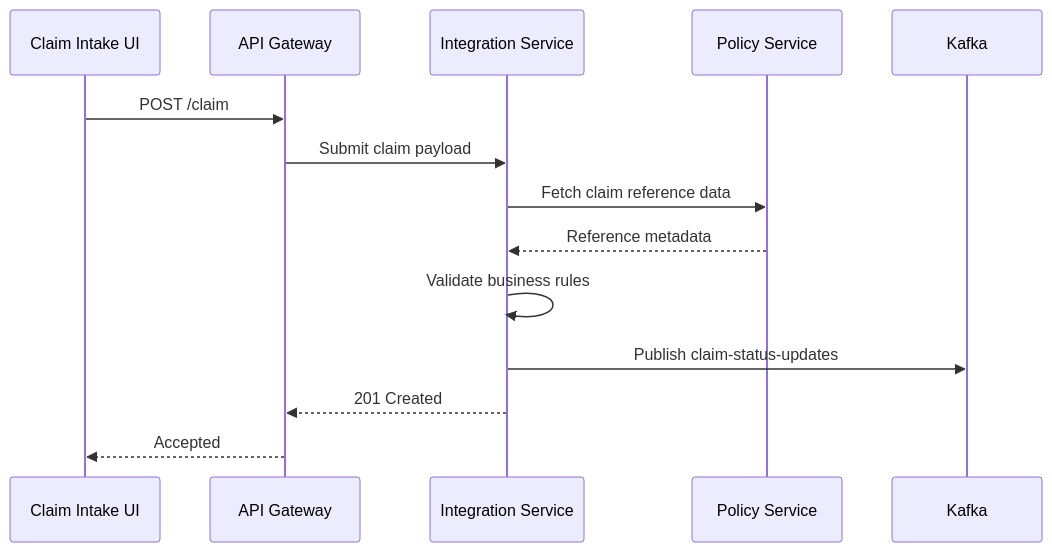
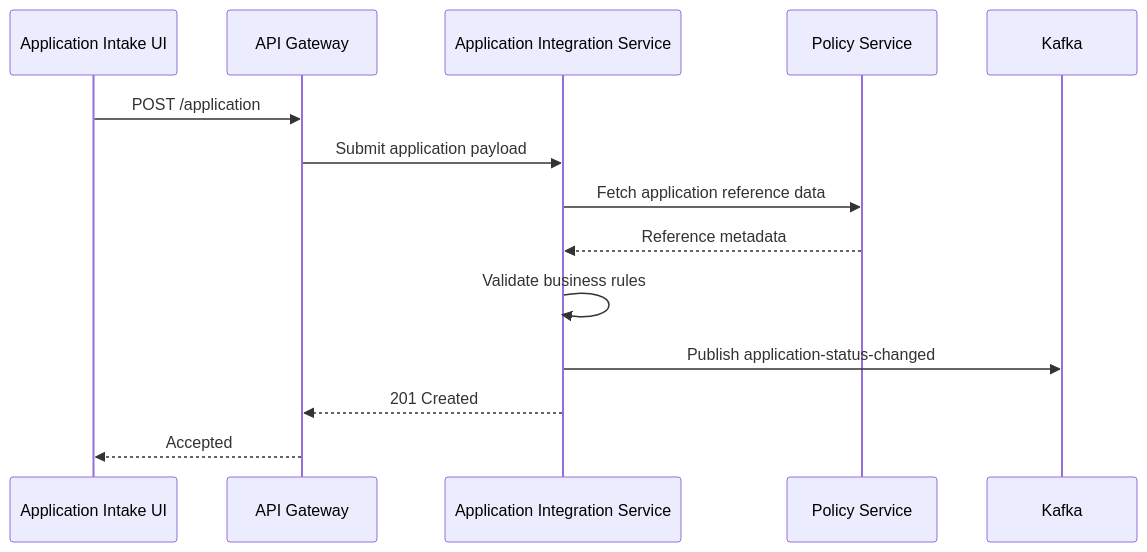
The second of 7 diagrams in HLD.md (srinivma1/awesome-copilot), drawn with Mermaid before and after one commit. The commit also changed other lines of this file, not shown here.

````diff
--- a/HLD.md
+++ b/HLD.md
@@ -539,16 +538,16 @@
 ```mermaid
 sequenceDiagram
-    participant UI as Claim Intake UI
+    participant UI as Application Intake UI
     participant GW as API Gateway
-    participant S as Integration Service
+    participant S as Application Integration Service
     participant P as Policy Service
     participant K as Kafka
-    UI->>GW: POST /claim
-    GW->>S: Submit claim payload
-    S->>P: Fetch claim reference data
+    UI->>GW: POST /application
+    GW->>S: Submit application payload
+    S->>P: Fetch application reference data
     P-->>S: Reference metadata
     S->>S: Validate business rules
-    S->>K: Publish claim-status-updates
+    S->>K: Publish application-status-changed
     S-->>GW: 201 Created
     GW-->>UI: Accepted
 ```
````
